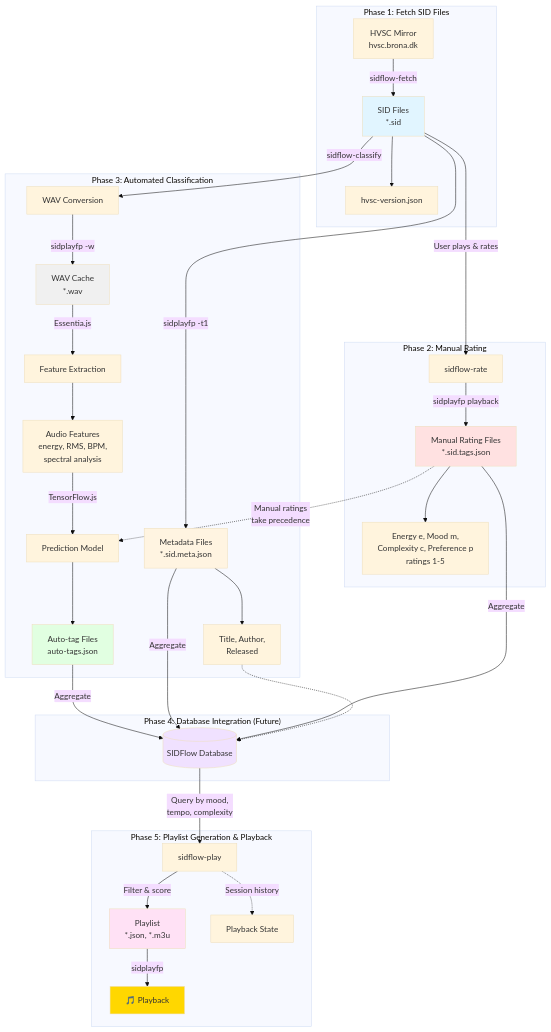
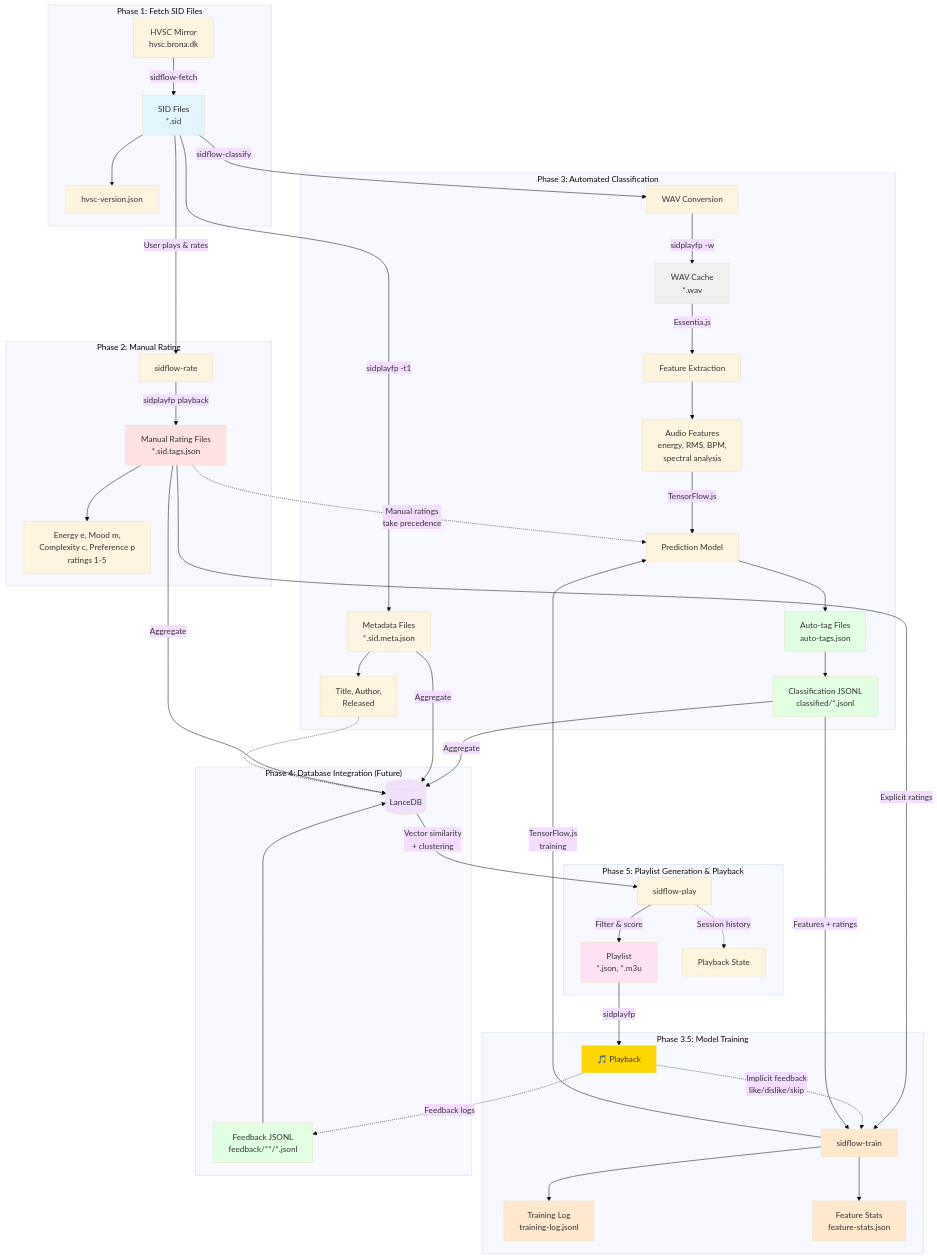
Before and after one commit to chrisgleissner/sidflow: the diagram in README.md, drawn with Mermaid (base theme). The commit also changed other lines of this file, not shown here.

Commit message:
Update README: add technical components section and train command to workflow diagram

````diff
--- a/README.md
+++ b/README.md
@@ -51,48 +99,65 @@
 ```mermaid
 graph TB
     subgraph "Phase 1: Fetch SID Files"
         A[HVSC Mirror<br/>hvsc.brona.dk] -->|sidflow-fetch| B[SID Files<br/>*.sid]
         B --> C[hvsc-version.json]
     end
     
     subgraph "Phase 2: Manual Rating"
         B -->|User plays & rates| D[sidflow-rate]
         D -->|sidplayfp playback| E[Manual Rating Files<br/>*.sid.tags.json]
         E --> F[Energy e, Mood m,<br/>Complexity c, Preference p<br/>ratings 1-5]
     end
     
     subgraph "Phase 3: Automated Classification"
         B -->|sidflow-classify| G[WAV Conversion]
         G -->|sidplayfp -w| H[WAV Cache<br/>*.wav]
         H -->|Essentia.js| I[Feature Extraction]
         I --> J[Audio Features<br/>energy, RMS, BPM,<br/>spectral analysis]
         J -->|TensorFlow.js| K[Prediction Model]
         E -.->|Manual ratings<br/>take precedence| K
         K --> L[Auto-tag Files<br/>auto-tags.json]
+        L --> JSONL[Classification JSONL<br/>classified/*.jsonl]
         B -->|sidplayfp -t1| M[Metadata Files<br/>*.sid.meta.json]
         M --> N[Title, Author,<br/>Released]
     end
     
+    subgraph "Phase 3.5: Model Training"
+        E -->|Explicit ratings| T[sidflow-train]
+        R -.->|Implicit feedback<br/>like/dislike/skip| T
+        JSONL -->|Features + ratings| T
+        T -->|TensorFlow.js<br/>training| K
+        T --> TL[Training Log<br/>training-log.jsonl]
+        T --> TS[Feature Stats<br/>feature-stats.json]
+    end
+    
     subgraph "Phase 4: Database Integration (Future)"
-        L -->|Aggregate| O[(SIDFlow Database)]
+        JSONL -->|Aggregate| O[(LanceDB)]
         M -->|Aggregate| O
         E -->|Aggregate| O
         N -.-> O
+        R -.->|Feedback logs| FB[Feedback JSONL<br/>feedback/**/*.jsonl]
+        FB --> O
     end
     
     subgraph "Phase 5: Playlist Generation & Playback"
-        O -->|Query by mood,<br/>tempo, complexity| P[sidflow-play]
+        O -->|Vector similarity<br/>+ clustering| P[sidflow-play]
         P -->|Filter & score| Q[Playlist<br/>*.json, *.m3u]
         Q -->|sidplayfp| R[🎵 Playback]
         P -.->|Session history| S[Playback State]
     end
     
     style B fill:#e1f5ff
     style E fill:#ffe1e1
     style H fill:#f0f0f0
     style L fill:#e1ffe1
     style M fill:#fff4e1
+    style T fill:#ffe8cc
+    style TL fill:#ffe8cc
+    style TS fill:#ffe8cc
+    style JSONL fill:#e1ffe1
+    style FB fill:#e1ffe1
     style O fill:#f0e1ff
     style Q fill:#ffe1f5
     style R fill:#ffd700
 ```
````
